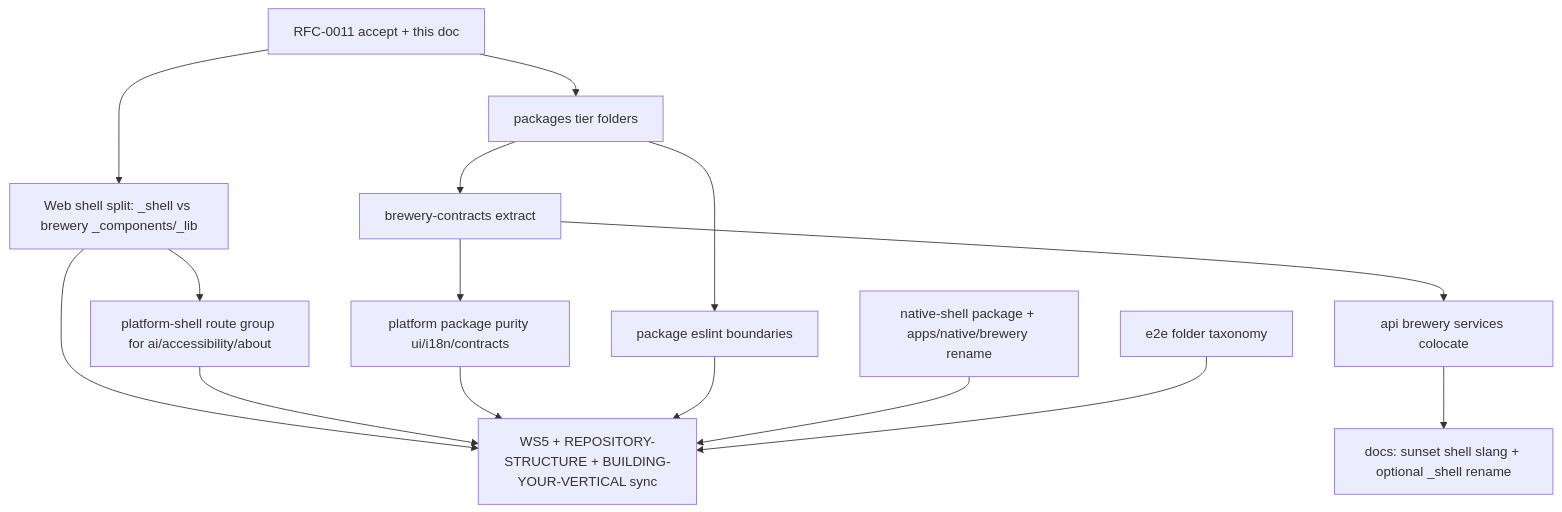
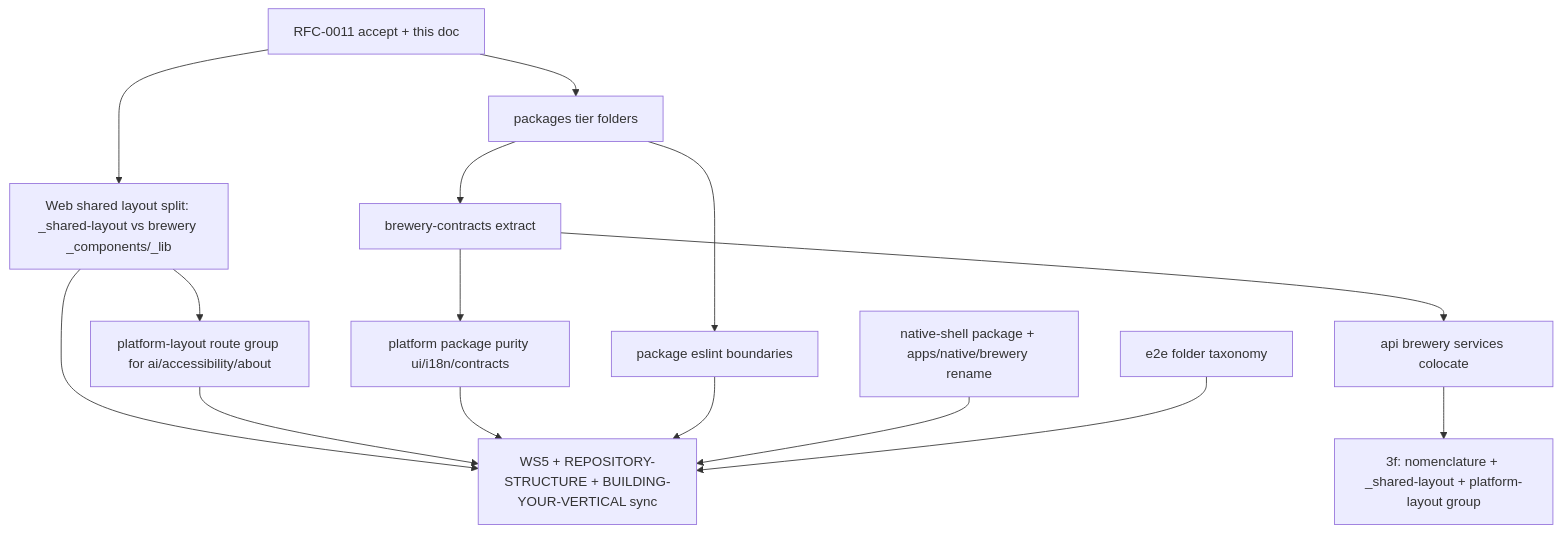
Before and after one commit to umbraculum-dev/umbraculum-dev: the second of 2 diagrams in docs/design/pre-flip-application-surface-backbone.md, drawn with Mermaid. The commit also changed other lines of this file and 192 other files, not shown here.

First line of the commit message:
feat(web): RFC-0011 Wave 3f — shared layout nomenclature and path rename

````diff
--- a/docs/design/pre-flip-application-surface-backbone.md
+++ b/docs/design/pre-flip-application-surface-backbone.md
@@ -435,26 +436,26 @@
 ```mermaid
 flowchart TB
   W0[RFC-0011 accept + this doc]
-  W1[Web shell split: _shell vs brewery _components/_lib]
-  W2[platform-shell route group for ai/accessibility/about]
+  W1[Web shared layout split: _shared-layout vs brewery _components/_lib]
+  W2[platform-layout route group for ai/accessibility/about]
   W3a[packages tier folders]
   W3b[brewery-contracts extract]
   W3c[platform package purity ui/i18n/contracts]
   W3d[package eslint boundaries]
   W3e[api brewery services colocate]
-  W3f[docs: sunset shell slang + optional _shell rename]
+  W3f[3f: nomenclature + _shared-layout + platform-layout group]
   W4[native-shell package + apps/native/brewery rename]
   W5[e2e folder taxonomy]
   W6[WS5 + REPOSITORY-STRUCTURE + BUILDING-YOUR-VERTICAL sync]
   W0 --> W1 --> W2
   W0 --> W3a --> W3b --> W3c
   W3a --> W3d
   W3b --> W3e
   W3e --> W3f
   W1 --> W6
   W2 --> W6
   W3c --> W6
   W3d --> W6
   W4 --> W6
   W5 --> W6
 ```
````
